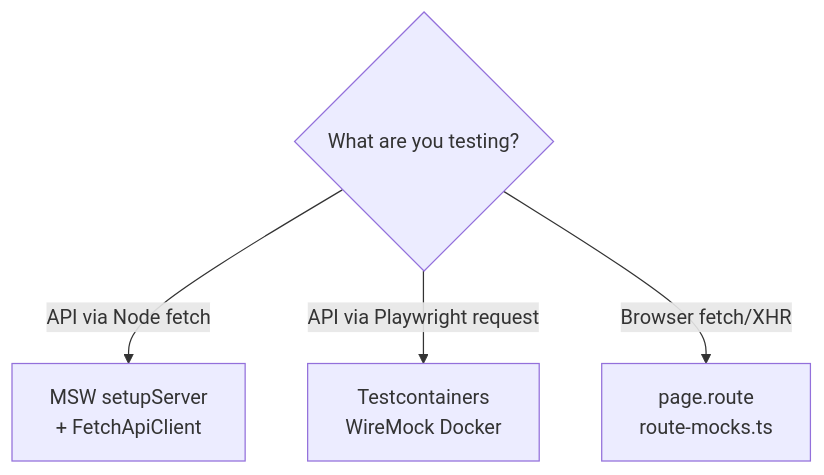
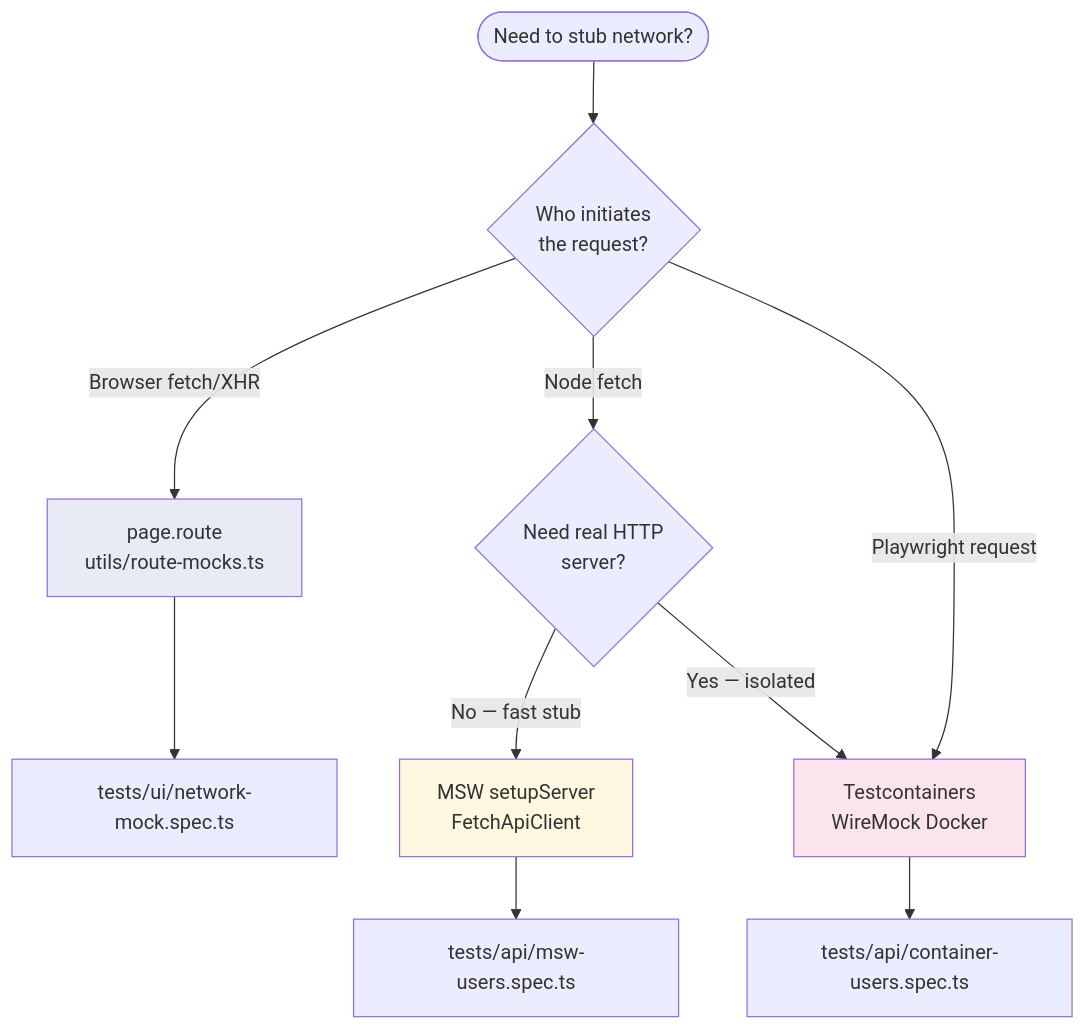
Before and after one commit to hemantjanrao/playwright-learning: the seventh of 9 diagrams in docs/ARCHITECTURE.md, drawn with Mermaid. The commit also changed other lines of this file and 7 other files, not shown here.

````diff
--- a/docs/ARCHITECTURE.md
+++ b/docs/ARCHITECTURE.md
@@ -202,7 +289,21 @@
 ```mermaid
 flowchart TD
-    Q{What are you testing?}
-    Q -->|API via Node fetch| MSW["MSW setupServer\n+ FetchApiClient"]
-    Q -->|API via Playwright request| TC["Testcontainers\nWireMock Docker"]
-    Q -->|Browser fetch/XHR| PR["page.route\nroute-mocks.ts"]
+    START(["Need to stub network?"])
+
+    START --> Q1{"Who initiates<br/>the request?"}
+
+    Q1 -->|Browser fetch/XHR| ROUTE["page.route<br/>utils/route-mocks.ts"]
+    Q1 -->|Node fetch| Q2{"Need real HTTP<br/>server?"}
+    Q1 -->|Playwright request| TC
+
+    Q2 -->|No — fast stub| MSW["MSW setupServer<br/>FetchApiClient"]
+    Q2 -->|Yes — isolated| TC["Testcontainers<br/>WireMock Docker"]
+
+    ROUTE --> UI_TEST["tests/ui/network-mock.spec.ts"]
+    MSW --> MSW_TEST["tests/api/msw-users.spec.ts"]
+    TC --> TC_TEST["tests/api/container-users.spec.ts"]
+
+    style ROUTE fill:#e8eaf6
+    style MSW fill:#fff8e1
+    style TC fill:#fce4ec
 ```
````
